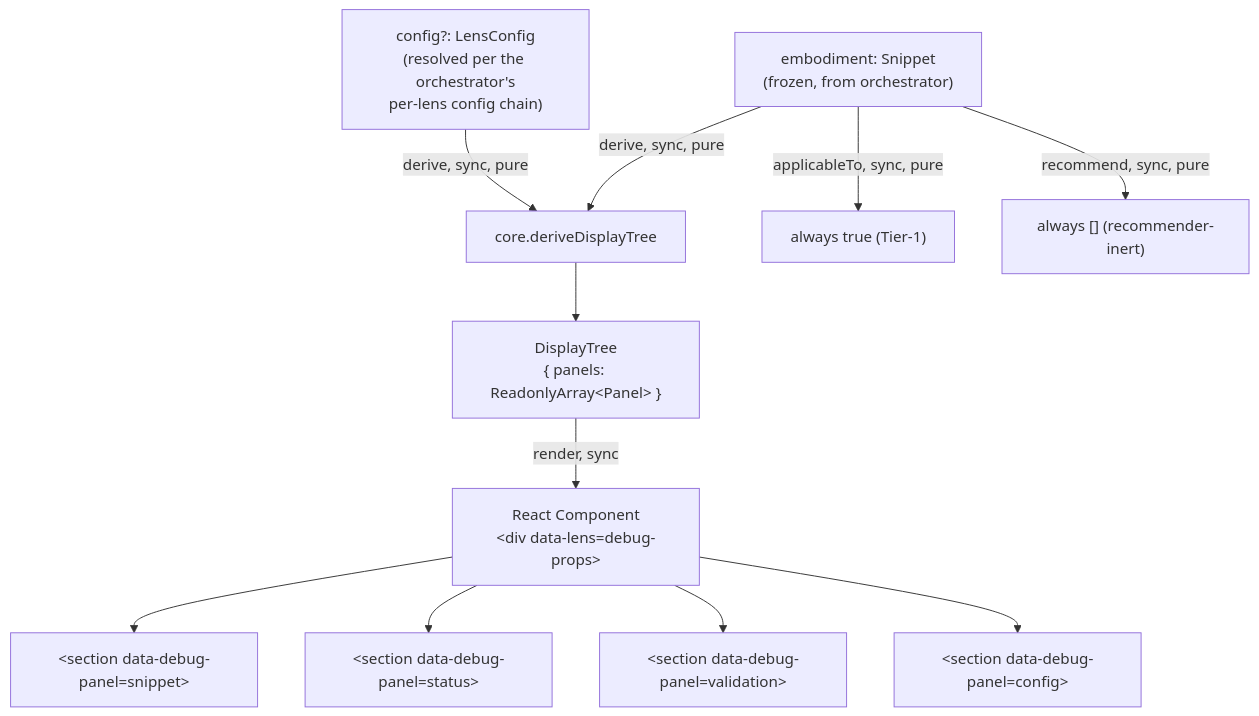
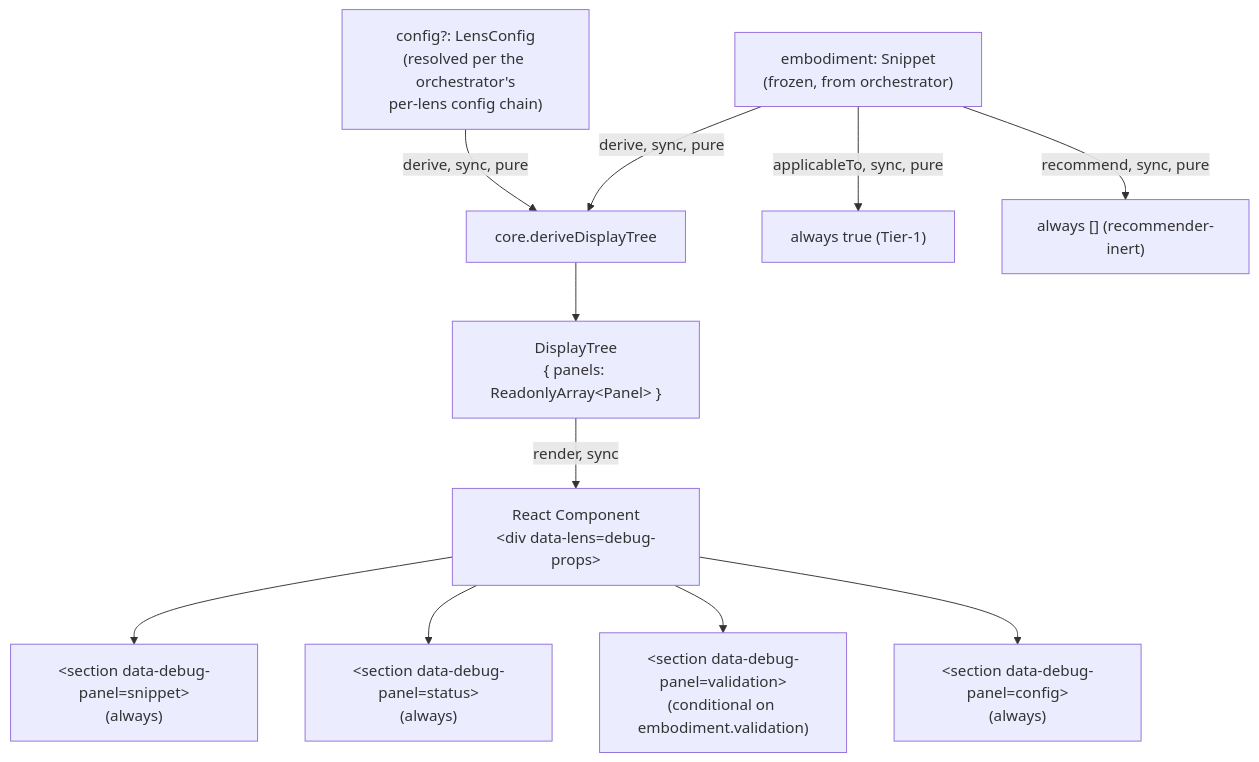
One commit to codeschoolinabox/curricula changed the diagram in src/lib/welcome-to-programming/just-enough/javascript/lenses/debug-props/DOCS.md. Above: the diagram before and after it, drawn with Mermaid. The commit also changed other lines of this file and 3 other files, not shown here.

````diff
--- a/src/lib/welcome-to-programming/just-enough/javascript/lenses/debug-props/DOCS.md
+++ b/src/lib/welcome-to-programming/just-enough/javascript/lenses/debug-props/DOCS.md
@@ -90,19 +141,19 @@
 ```mermaid
 flowchart TD
     EmbodimentProp["embodiment: Snippet<br/>(frozen, from orchestrator)"]
     ConfigProp["config?: LensConfig<br/>(resolved per the orchestrator's<br/>per-lens config chain)"]
 
     EmbodimentProp -->|"derive, sync, pure"| Core["core.deriveDisplayTree"]
     ConfigProp -->|"derive, sync, pure"| Core
 
     Core --> Tree["DisplayTree<br/>{ panels: ReadonlyArray&lt;Panel&gt; }"]
 
     Tree -->|"render, sync"| Wrapper["React Component<br/>&lt;div data-lens=debug-props&gt;"]
-    Wrapper --> Panel1["&lt;section data-debug-panel=snippet&gt;"]
-    Wrapper --> Panel2["&lt;section data-debug-panel=status&gt;"]
-    Wrapper --> Panel3["&lt;section data-debug-panel=validation&gt;"]
-    Wrapper --> Panel4["&lt;section data-debug-panel=config&gt;"]
+    Wrapper --> Panel1["&lt;section data-debug-panel=snippet&gt;<br/>(always)"]
+    Wrapper --> Panel2["&lt;section data-debug-panel=status&gt;<br/>(always)"]
+    Wrapper --> Panel3["&lt;section data-debug-panel=validation&gt;<br/>(conditional on embodiment.validation)"]
+    Wrapper --> Panel4["&lt;section data-debug-panel=config&gt;<br/>(always)"]
 
     EmbodimentProp -->|"applicableTo, sync, pure"| Applicable["always true (Tier-1)"]
     EmbodimentProp -->|"recommend, sync, pure"| Recs["always [] (recommender-inert)"]
 ```
````
